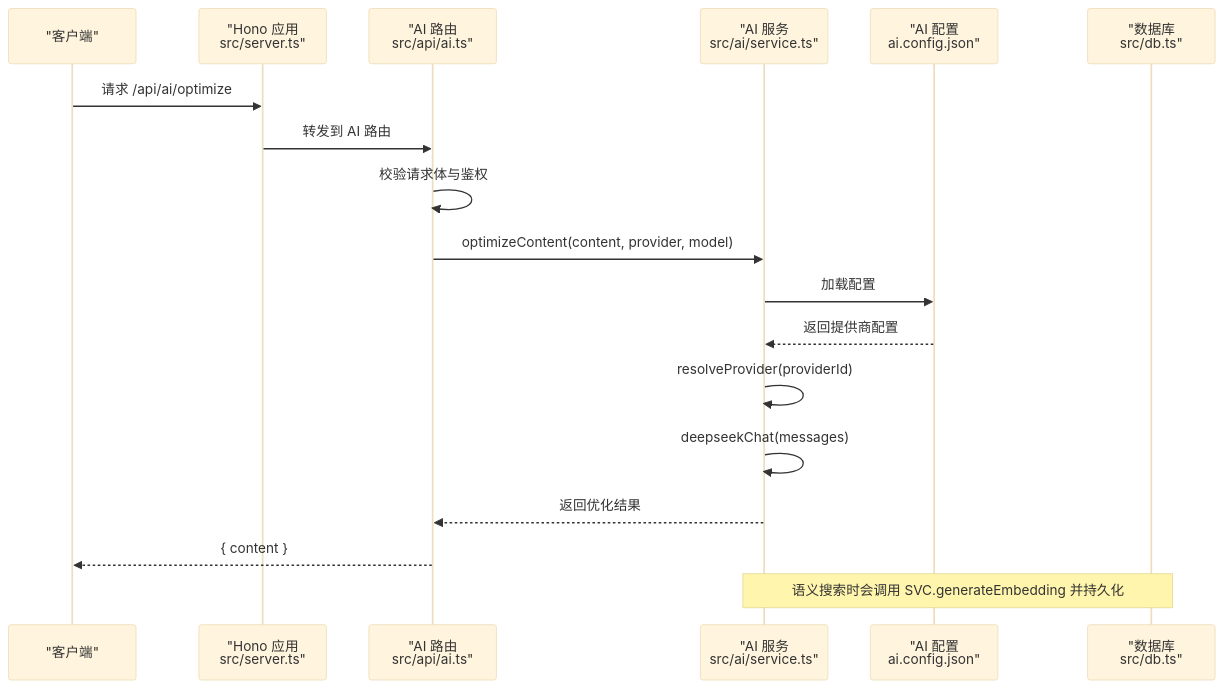
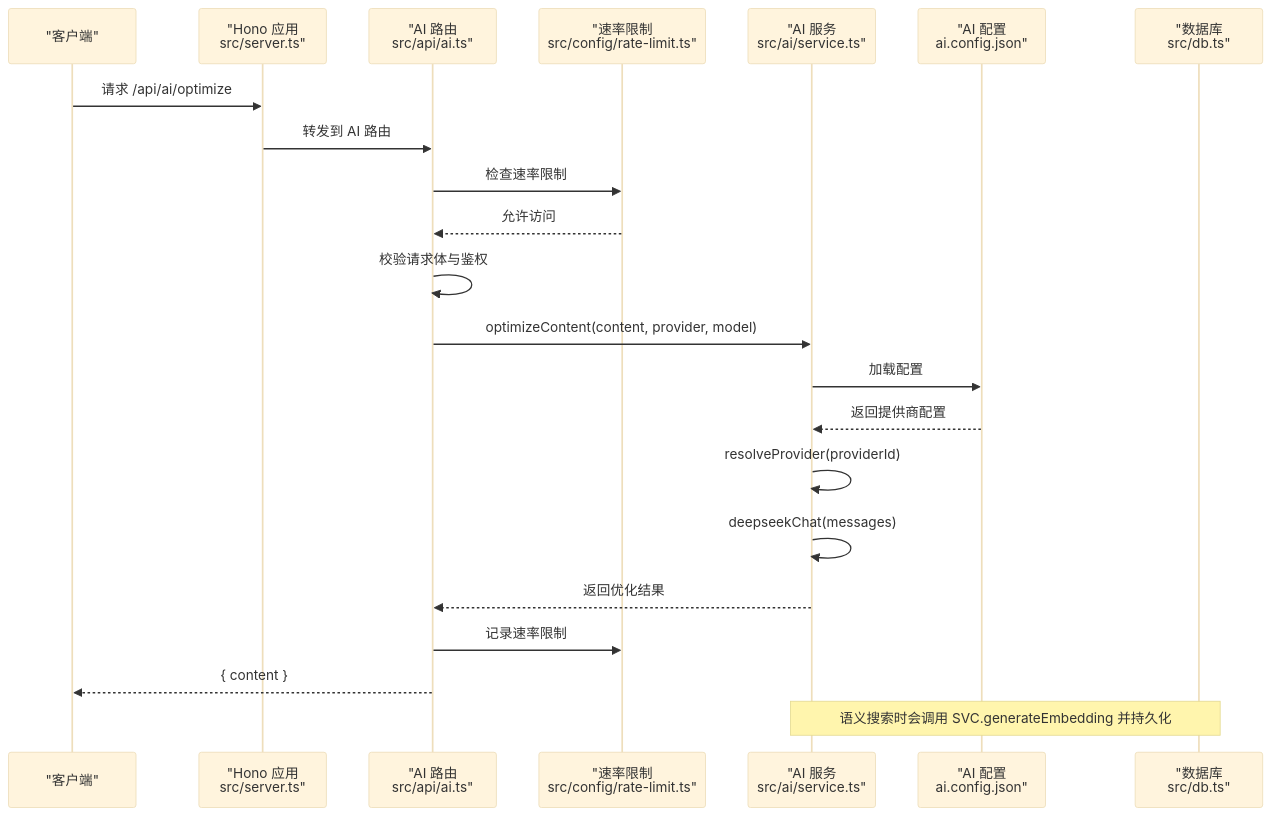
Before and after one commit to BlackBoxRecorder/memos: the second of 7 diagrams in .qoder/repowiki/zh/content/API 接口文档/AI 集成 API.md, drawn with Mermaid (base theme). The commit also changed other lines of this file and 6 other files, not shown here.

````diff
--- a/.qoder/repowiki/zh/content/API 接口文档/AI 集成 API.md
+++ b/.qoder/repowiki/zh/content/API 接口文档/AI 集成 API.md
@@ -116,20 +141,24 @@
 ```mermaid
 sequenceDiagram
 participant C as "客户端"
 participant S as "Hono 应用<br/>src/server.ts"
 participant A as "AI 路由<br/>src/api/ai.ts"
+participant RL as "速率限制<br/>src/config/rate-limit.ts"
 participant SVC as "AI 服务<br/>src/ai/service.ts"
 participant CFG as "AI 配置<br/>ai.config.json"
 participant DB as "数据库<br/>src/db.ts"
 C->>S : 请求 /api/ai/optimize
 S->>A : 转发到 AI 路由
+A->>RL : 检查速率限制
+RL-->>A : 允许访问
 A->>A : 校验请求体与鉴权
 A->>SVC : optimizeContent(content, provider, model)
 SVC->>CFG : 加载配置
 CFG-->>SVC : 返回提供商配置
 SVC->>SVC : resolveProvider(providerId)
 SVC->>SVC : deepseekChat(messages)
 SVC-->>A : 返回优化结果
+A->>RL : 记录速率限制
 A-->>C : { content }
 Note over SVC,DB : 语义搜索时会调用 SVC.generateEmbedding 并持久化
 ```
````
